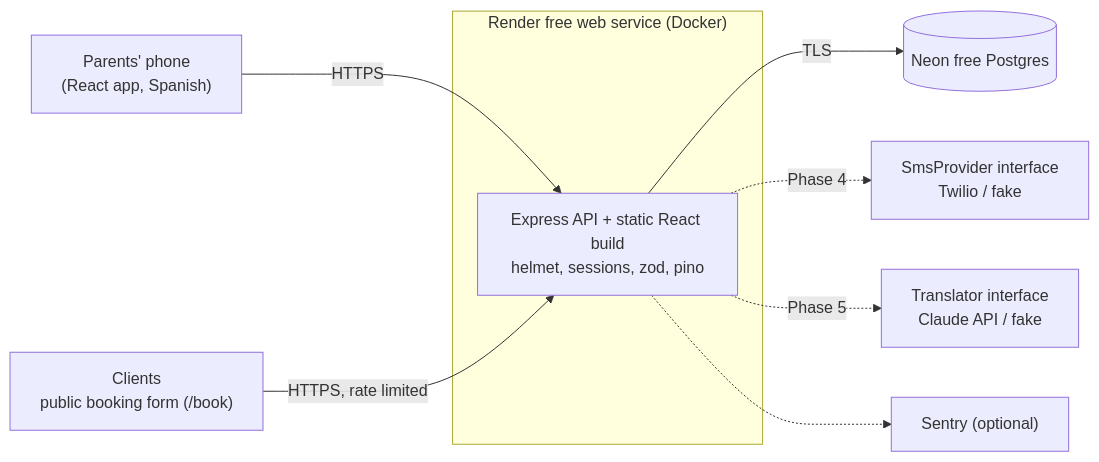
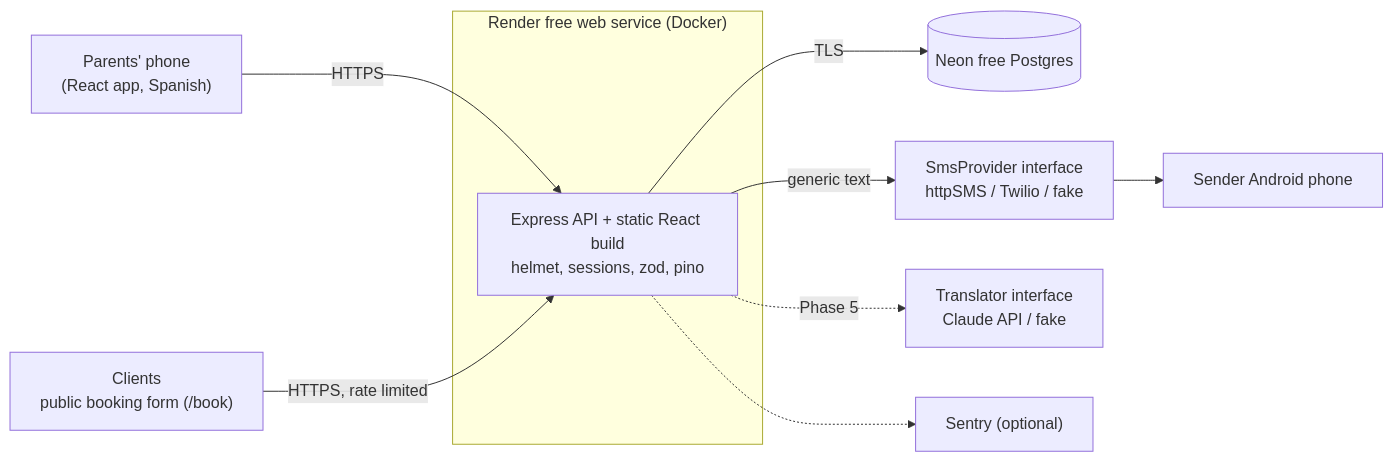
Before and after one commit to Barrientosgers/anyger-housekeeping: the first of 2 diagrams in docs/architecture.md, drawn with Mermaid. The commit also changed other lines of this file and 22 other files, not shown here.

First line of the commit message:
Add text messages to the owner behind a swappable SmsProvider

````diff
--- a/docs/architecture.md
+++ b/docs/architecture.md
@@ -7,12 +7,13 @@
 ```mermaid
 flowchart LR
   P["Parents' phone<br/>(React app, Spanish)"] -->|HTTPS| S
   C["Clients<br/>public booking form (/book)"] -->|HTTPS, rate limited| S
   subgraph Render["Render free web service (Docker)"]
     S["Express API + static React build<br/>helmet, sessions, zod, pino"]
   end
   S -->|TLS| DB[("Neon free Postgres")]
-  S -. "Phase 4" .-> SMS["SmsProvider interface<br/>Twilio / fake"]
+  S -->|generic text| SMS["SmsProvider interface<br/>httpSMS / Twilio / fake"]
+  SMS --> PH["Sender Android phone"]
   S -. "Phase 5" .-> TR["Translator interface<br/>Claude API / fake"]
   S -.-> SE["Sentry (optional)"]
 ```
````
